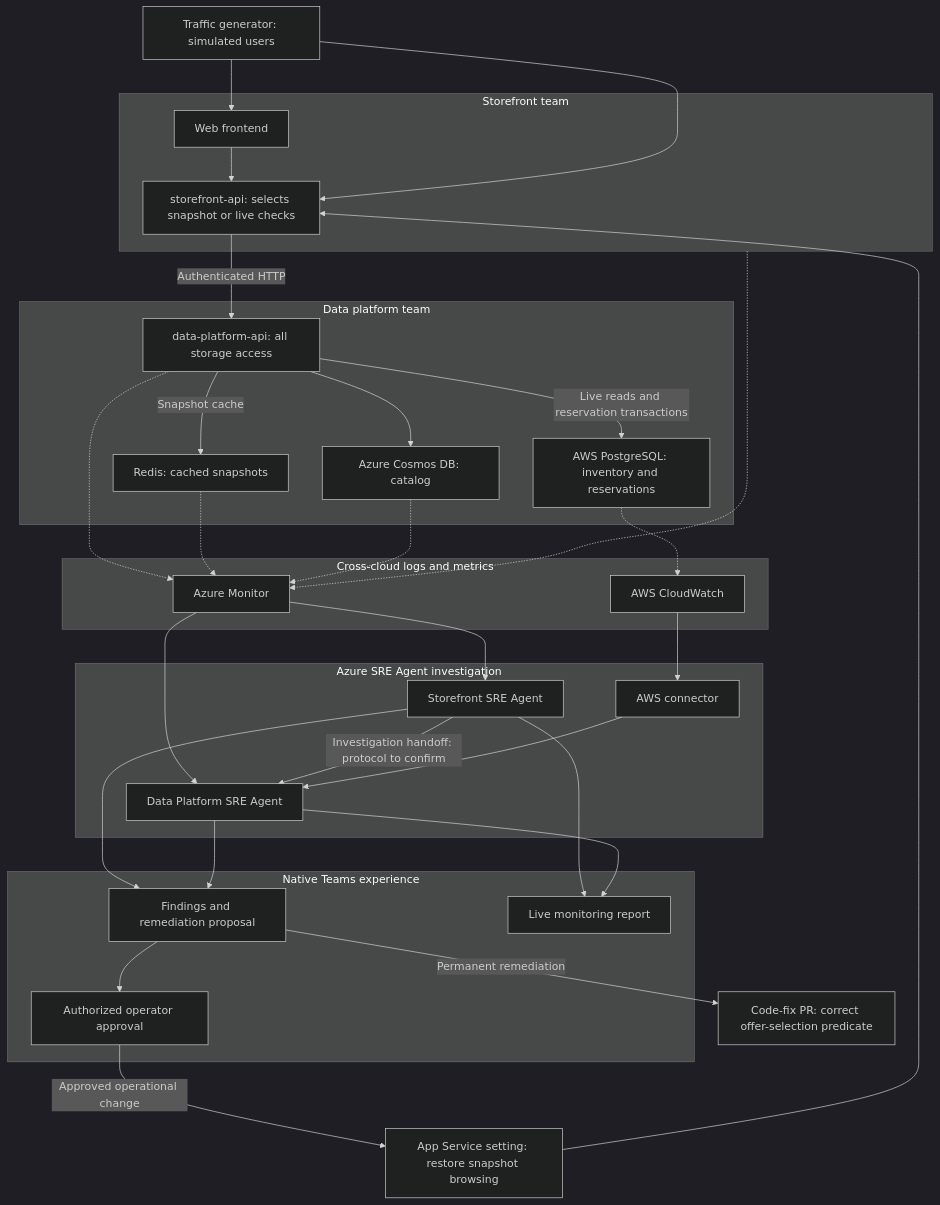
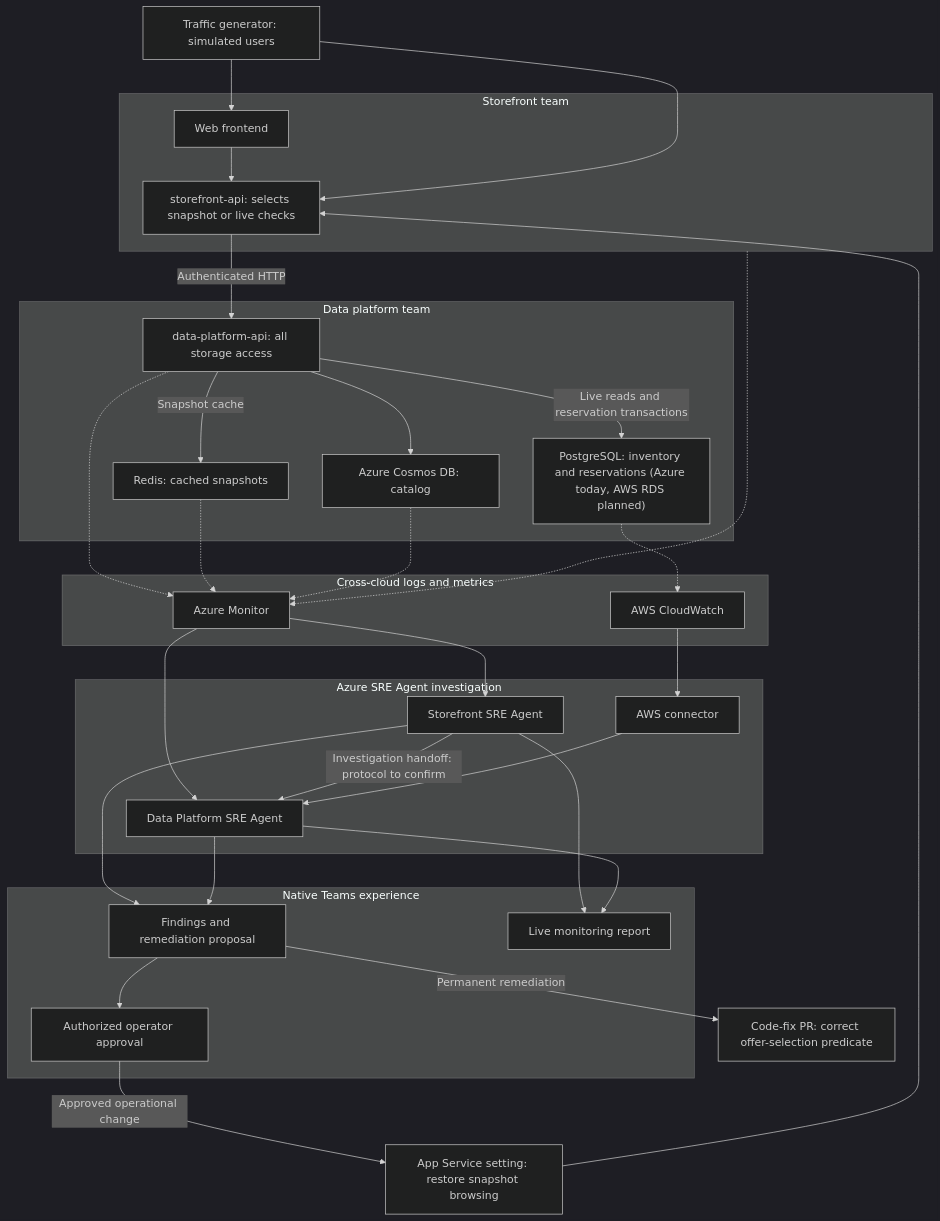
One commit to sanchitmehta/moonshot-concert changed the second of 2 diagrams in README.md. Above: the diagram before and after it, drawn with Mermaid (dark theme). The commit also changed other lines of this file and 4 other files, not shown here.

````diff
--- a/README.md
+++ b/README.md
@@ -359,62 +364,62 @@
 ```mermaid
 flowchart TB
     Traffic["Traffic generator: simulated users"]
 
     subgraph App["Storefront team"]
         Frontend["Web frontend"]
         Booking["storefront-api: selects snapshot or live checks"]
         Frontend --> Booking
     end
 
     subgraph Data["Data platform team"]
         API["data-platform-api: all storage access"]
         Cache["Redis: cached snapshots"]
         Catalog["Azure Cosmos DB: catalog"]
-        Inventory["AWS PostgreSQL: inventory and reservations"]
+        Inventory["PostgreSQL: inventory and reservations (Azure today, AWS RDS planned)"]
         API -->|"Snapshot cache"| Cache
         API --> Catalog
         API -->|"Live reads and reservation transactions"| Inventory
     end
 
     Traffic --> Frontend
     Traffic --> Booking
     Booking -->|"Authenticated HTTP"| API
 
     subgraph Telemetry["Cross-cloud logs and metrics"]
         Monitor["Azure Monitor"]
         CloudWatch["AWS CloudWatch"]
     end
 
     App -.-> Monitor
     API -.-> Monitor
     Cache -.-> Monitor
     Catalog -.-> Monitor
     Inventory -.-> CloudWatch
 
     subgraph Agents["Azure SRE Agent investigation"]
         ApplicationAgent["Storefront SRE Agent"]
         DataAgent["Data Platform SRE Agent"]
         AWSConnector["AWS connector"]
     end
 
     Monitor --> ApplicationAgent
     Monitor --> DataAgent
     ApplicationAgent -->|"Investigation handoff: protocol to confirm"| DataAgent
     CloudWatch --> AWSConnector
     AWSConnector --> DataAgent
 
     subgraph Teams["Native Teams experience"]
         Findings["Findings and remediation proposal"]
         Approval["Authorized operator approval"]
         Report["Live monitoring report"]
     end
 
     ApplicationAgent --> Findings
     DataAgent --> Findings
     Findings --> Approval
     Approval -->|"Approved operational change"| Setting["App Service setting: restore snapshot browsing"]
     Setting --> Booking
     Findings -->|"Permanent remediation"| CodeFix["Code-fix PR: correct offer-selection predicate"]
     ApplicationAgent --> Report
     DataAgent --> Report
 ```
````
